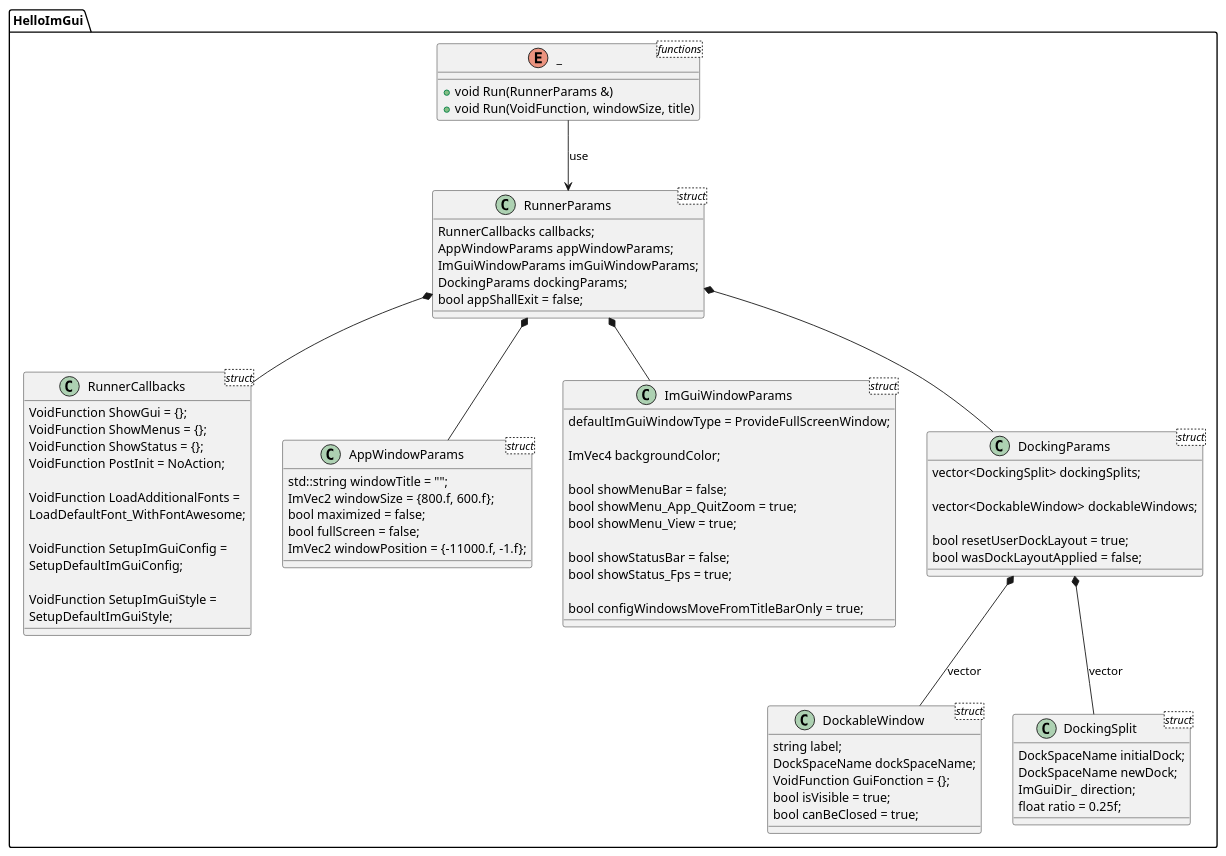
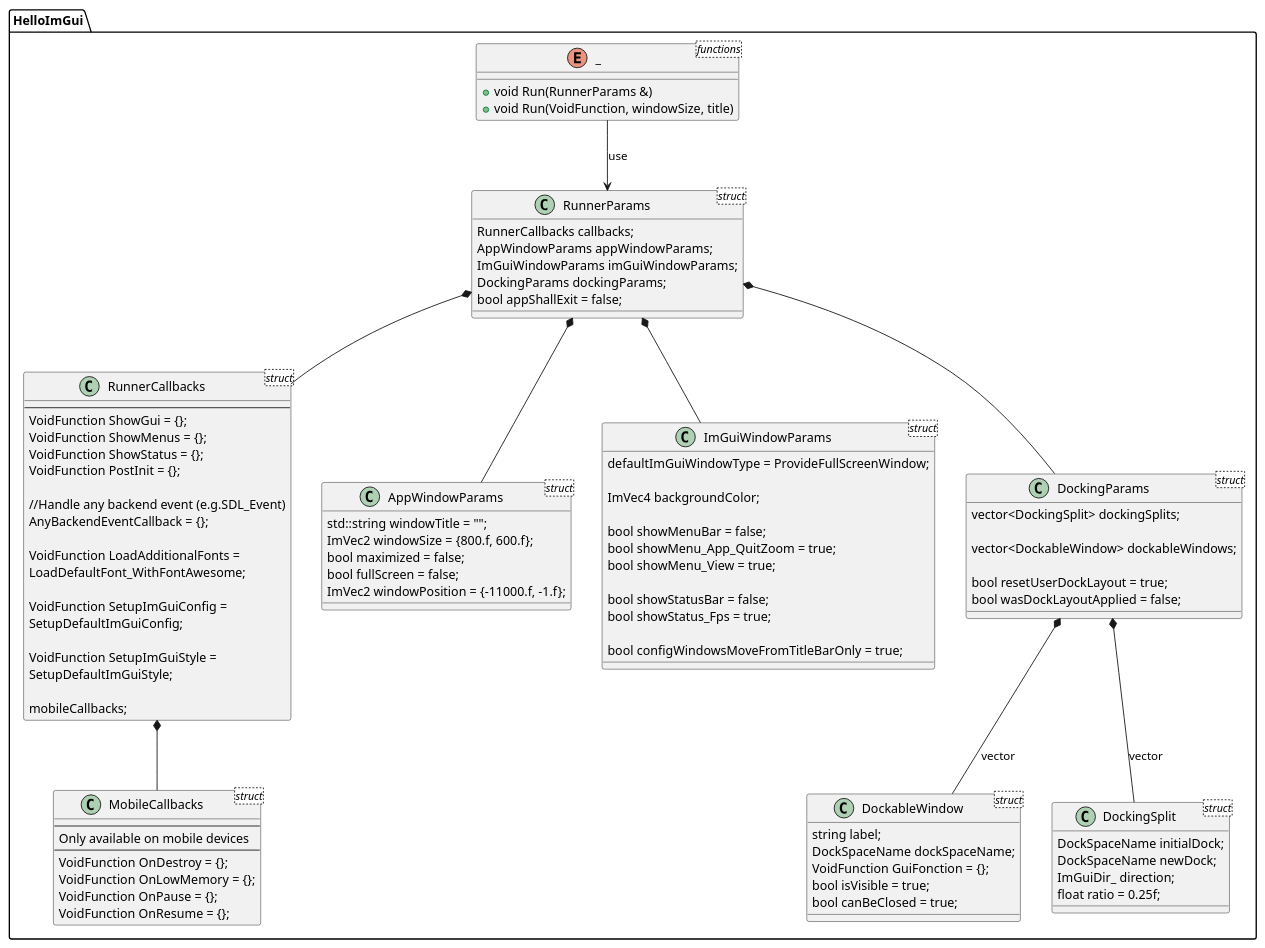
The diagram in src/hello_imgui/doc_src/hello_imgui_diagram.puml (pthom/hello_imgui), drawn with PlantUML before and after one commit. The commit also changed 4 other files, not shown here.

```diff
--- a/src/hello_imgui/doc_src/hello_imgui_diagram.puml
+++ b/src/hello_imgui/doc_src/hello_imgui_diagram.puml
@@ -1,89 +1,108 @@
+@startuml
 namespace HelloImGui {
 
 enum _ <functions>{
     + void Run(RunnerParams &)
     + void Run(VoidFunction, windowSize, title)
 }
 
 _ --> RunnerParams: use
 
 class RunnerParams <struct> {
     RunnerCallbacks callbacks;
     AppWindowParams appWindowParams;
     ImGuiWindowParams imGuiWindowParams;
     DockingParams dockingParams;
     bool appShallExit = false;
 }
 
 class RunnerCallbacks <struct> {
+    ---
     VoidFunction ShowGui = {};
     VoidFunction ShowMenus = {};
     VoidFunction ShowStatus = {};
-    VoidFunction PostInit = NoAction;
-    
+    VoidFunction PostInit = {};
+
+    //Handle any backend event (e.g.SDL_Event)
+    AnyBackendEventCallback = {};
+
     VoidFunction LoadAdditionalFonts =
        LoadDefaultFont_WithFontAwesome;
 
     VoidFunction SetupImGuiConfig = 
       SetupDefaultImGuiConfig;
 
     VoidFunction SetupImGuiStyle = 
       SetupDefaultImGuiStyle;
+
+    mobileCallbacks;
 }
+
+class MobileCallbacks <struct>{
+    ---
+    Only available on mobile devices
+    ---
+    VoidFunction OnDestroy = {};
+    VoidFunction OnLowMemory = {};
+    VoidFunction OnPause = {};
+    VoidFunction OnResume = {};
+}
+RunnerCallbacks *-- MobileCallbacks
 
 class AppWindowParams <struct> {
     std::string windowTitle = "";
     ImVec2 windowSize = {800.f, 600.f};
     bool maximized = false;
     bool fullScreen = false;
     ImVec2 windowPosition = {-11000.f, -1.f};
 }
 
 class ImGuiWindowParams <struct> {
     defaultImGuiWindowType = ProvideFullScreenWindow;
 
     ImVec4 backgroundColor;
 
     bool showMenuBar = false;
     bool showMenu_App_QuitZoom = true;
     bool showMenu_View = true;
 
     bool showStatusBar = false;
     bool showStatus_Fps = true;
 
     bool configWindowsMoveFromTitleBarOnly = true;
 }
 
 class DockingParams <struct> {
     vector<DockingSplit> dockingSplits;
 
     vector<DockableWindow> dockableWindows;
 
     bool resetUserDockLayout = true;
     bool wasDockLayoutApplied = false;
 }
 
 class DockableWindow <struct> {
     string label;
     DockSpaceName dockSpaceName;
     VoidFunction GuiFonction = {};
     bool isVisible = true;
     bool canBeClosed = true;
 }
 
 class DockingSplit <struct> {
     DockSpaceName initialDock;
     DockSpaceName newDock;
     ImGuiDir_ direction;
     float ratio = 0.25f;
 }
 
 
 RunnerParams *-- RunnerCallbacks
 RunnerParams *-- AppWindowParams
 RunnerParams *-- ImGuiWindowParams
 RunnerParams *-- DockingParams
 DockingParams *-- DockableWindow : vector
 DockingParams *-- DockingSplit : vector
 
 }
+@enduml
```
